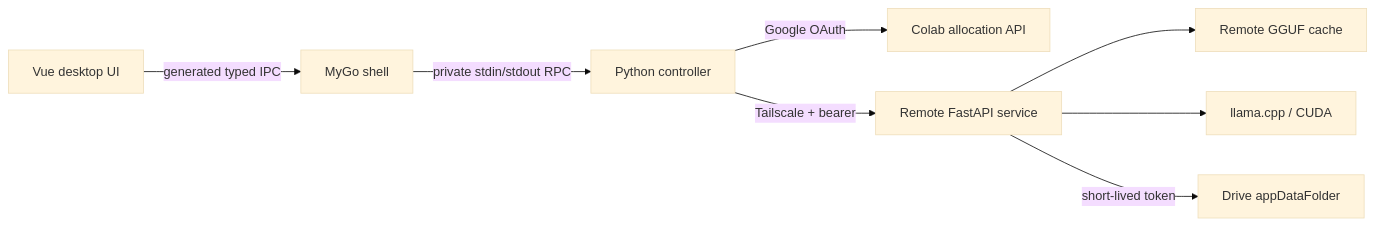
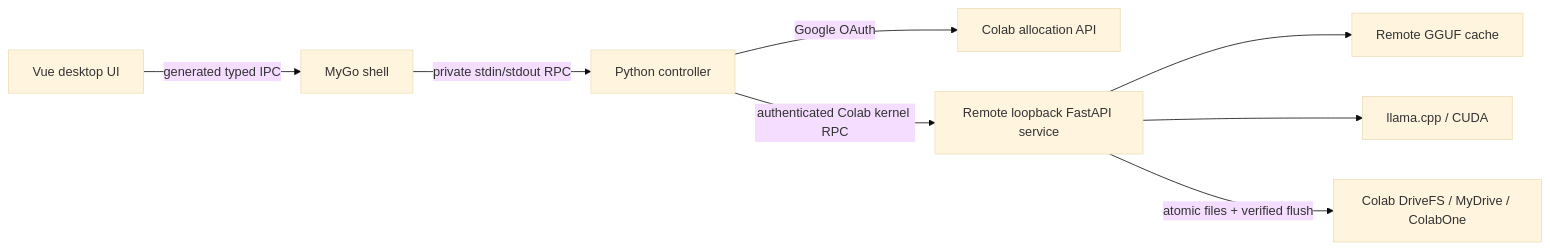
Before and after one commit to luolongfei/ColabOne: the diagram in docs/architecture.md, drawn with Mermaid (base theme). The commit also changed other lines of this file and 28 other files, not shown here.

Commit message:
Simplify setup with native Colab Drive mounting and automatic Google login

````diff
--- a/docs/architecture.md
+++ b/docs/architecture.md
@@ -3,10 +3,10 @@
 ```mermaid
 flowchart LR
   UI[Vue desktop UI] -->|generated typed IPC| Go[MyGo shell]
   Go -->|private stdin/stdout RPC| Bridge[Python controller]
   Bridge -->|Google OAuth| Colab[Colab allocation API]
-  Bridge -->|Tailscale + bearer| API[Remote FastAPI service]
+  Bridge -->|authenticated Colab kernel RPC| API[Remote loopback FastAPI service]
   API --> Cache[Remote GGUF cache]
   API --> Engine[llama.cpp / CUDA]
-  API -->|short-lived token| Drive[Drive appDataFolder]
+  API -->|atomic files + verified flush| Drive[Colab DriveFS / MyDrive / ColabOne]
 ```
````
